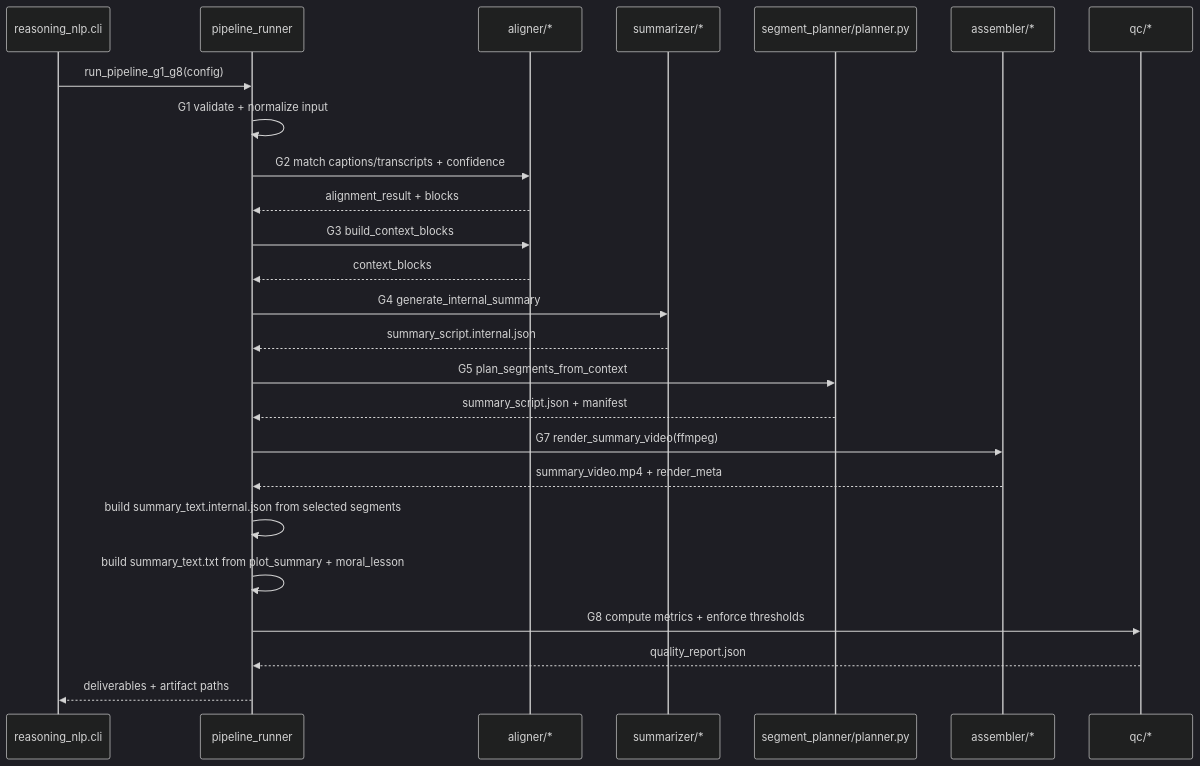
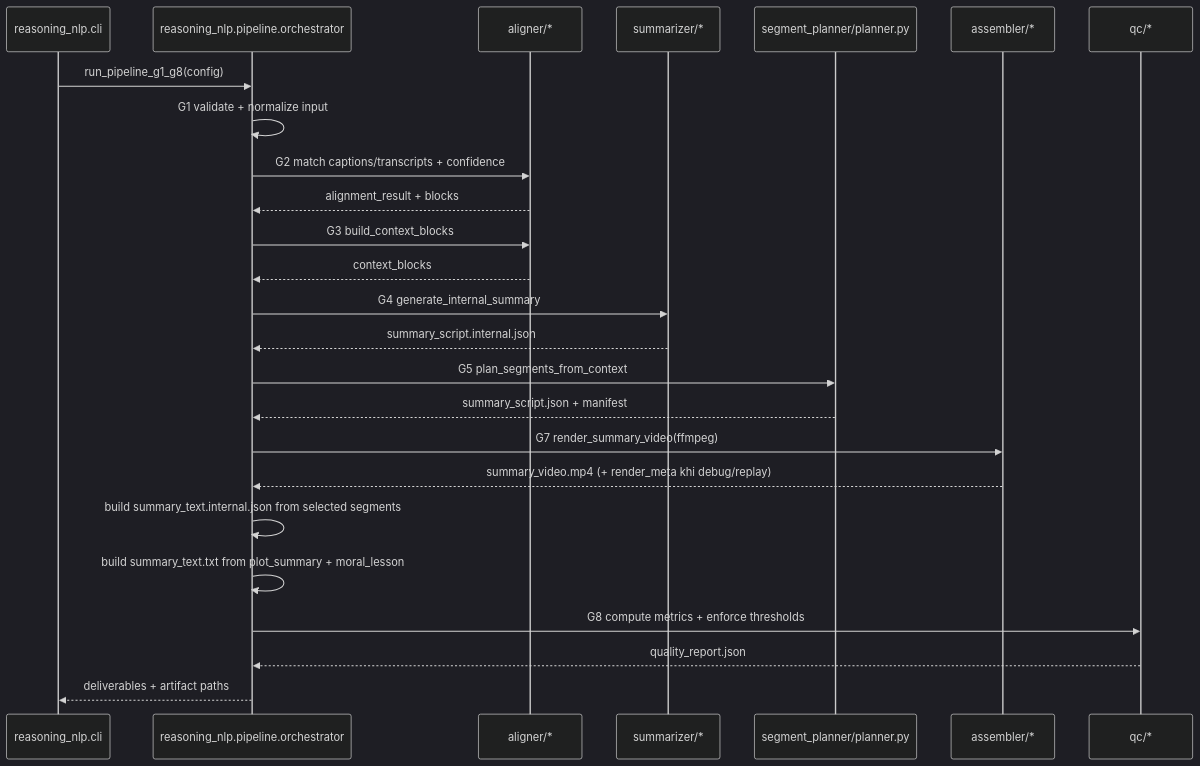
The second of 2 diagrams in docs/Reasoning-NLP/pipeline-flow-and-grounding.md (TCTri205/video-summary), drawn with Mermaid (dark theme) before and after one commit. The commit also changed 6 other files, not shown here.

Commit message:
Align docs with minimal artifacts and orchestrator flow

````diff
--- a/docs/Reasoning-NLP/pipeline-flow-and-grounding.md
+++ b/docs/Reasoning-NLP/pipeline-flow-and-grounding.md
@@ -86,28 +86,28 @@
 ```mermaid
 sequenceDiagram
     participant CLI as reasoning_nlp.cli
-    participant Runner as pipeline_runner
+    participant Runner as reasoning_nlp.pipeline.orchestrator
     participant Align as aligner/*
     participant Summ as summarizer/*
     participant Planner as segment_planner/planner.py
     participant Asm as assembler/*
     participant QC as qc/*
 
     CLI->>Runner: run_pipeline_g1_g8(config)
     Runner->>Runner: G1 validate + normalize input
     Runner->>Align: G2 match captions/transcripts + confidence
     Align-->>Runner: alignment_result + blocks
     Runner->>Align: G3 build_context_blocks
     Align-->>Runner: context_blocks
     Runner->>Summ: G4 generate_internal_summary
     Summ-->>Runner: summary_script.internal.json
     Runner->>Planner: G5 plan_segments_from_context
     Planner-->>Runner: summary_script.json + manifest
     Runner->>Asm: G7 render_summary_video(ffmpeg)
-    Asm-->>Runner: summary_video.mp4 + render_meta
+    Asm-->>Runner: summary_video.mp4 (+ render_meta khi debug/replay)
     Runner->>Runner: build summary_text.internal.json from selected segments
     Runner->>Runner: build summary_text.txt from plot_summary + moral_lesson
     Runner->>QC: G8 compute metrics + enforce thresholds
     QC-->>Runner: quality_report.json
     Runner-->>CLI: deliverables + artifact paths
 ```
````
